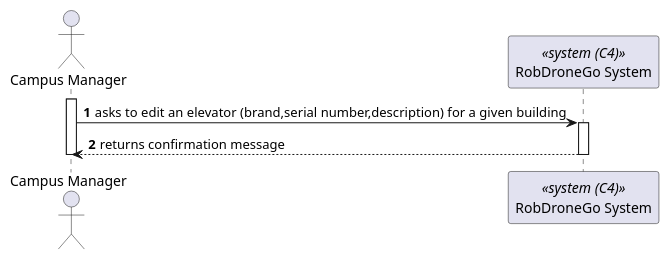
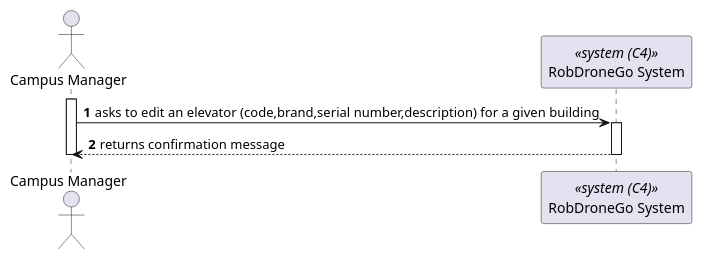
The diagram in _wiki/sprint-a/us14-280/views/level-1/process-view.puml (miseEnPlace-dev/lapr5), drawn with PlantUML before and after one commit. The commit also changed 5 other files, not shown here.

Commit message:
feat: added edit elevator route

```diff
--- a/_wiki/sprint-a/us14-280/views/level-1/process-view.puml
+++ b/_wiki/sprint-a/us14-280/views/level-1/process-view.puml
@@ -1,16 +1,16 @@
 @startuml process-view
 autonumber
 
 actor CM as "Campus Manager"
 participant SYS as "RobDroneGo System" <<system (C4)>>
 
 activate CM
 
-CM -> SYS : asks to edit an elevator (brand,serial number,description) for a given building
+CM -> SYS : asks to edit an elevator (code,brand,serial number,description) for a given building
 activate SYS
 CM <-- SYS : returns confirmation message
 deactivate SYS
 
 deactivate CM
 
 @enduml
```
